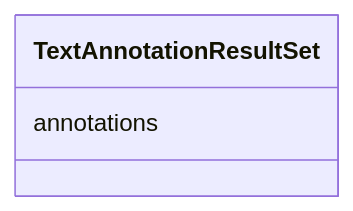
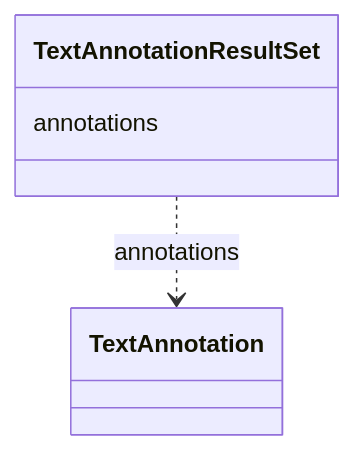
One commit to INCATools/ontology-access-kit changed the diagram in text-annotator/TextAnnotationResultSet.md. Above: the diagram before and after it, drawn with Mermaid. The commit also changed 1783 other files, not shown here.

````diff
--- a/text-annotator/TextAnnotationResultSet.md
+++ b/text-annotator/TextAnnotationResultSet.md
@@ -11,6 +11,9 @@
 ```{mermaid}
  classDiagram
     class TextAnnotationResultSet
       TextAnnotationResultSet : annotations
+        
+          TextAnnotationResultSet ..> TextAnnotation : annotations
+        
       
 ```
````
